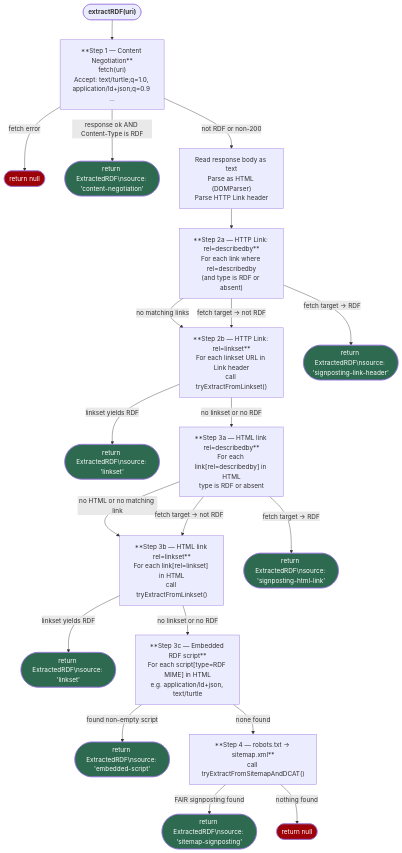
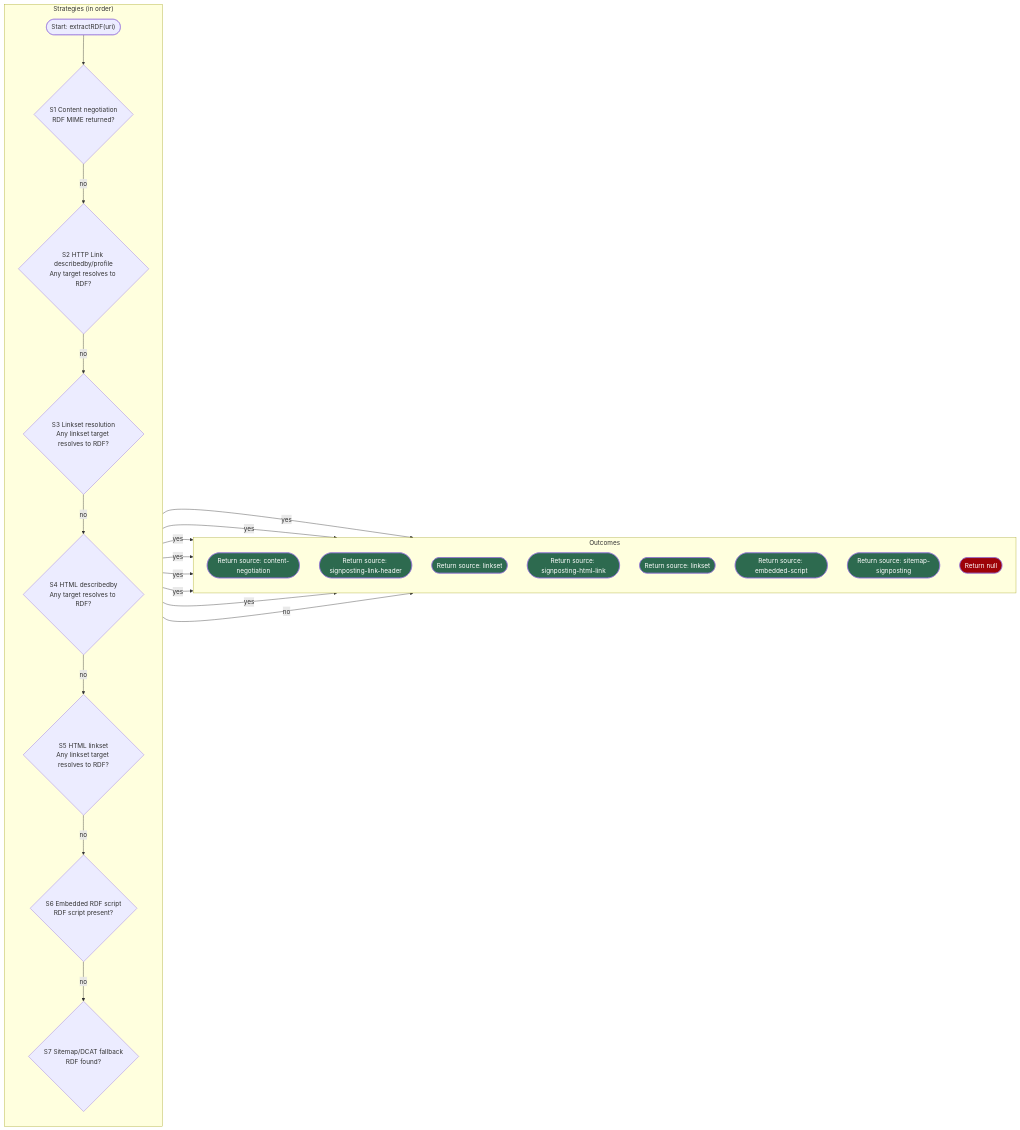
Before and after one commit to cedricdcc/wrx: the second of 9 diagrams in DOCUMENTATION.md, drawn with Mermaid. The commit also changed other lines of this file, not shown here.

Commit message:
feat: update extraction flowchart and strategies in documentation for clarity and detail

````diff
--- a/DOCUMENTATION.md
+++ b/DOCUMENTATION.md
@@ -122,58 +122,45 @@
 ```mermaid
-flowchart TD
-    START(["`**extractRDF(uri)**`"]) --> CN
+flowchart LR
+  subgraph STRATS["Strategies (in order)"]
+    direction TB
+    S0(["Start: extractRDF(uri)"])
+    S1{"S1 Content negotiation\nRDF MIME returned?"}
+    S2{"S2 HTTP Link describedby/profile\nAny target resolves to RDF?"}
+    S3{"S3 Linkset resolution\nAny linkset target resolves to RDF?"}
+    S4{"S4 HTML describedby\nAny target resolves to RDF?"}
+    S5{"S5 HTML linkset\nAny linkset target resolves to RDF?"}
+    S6{"S6 Embedded RDF script\nRDF script present?"}
+    S7{"S7 Sitemap/DCAT fallback\nRDF found?"}
+    S0 --> S1 -->|no| S2 -->|no| S3 -->|no| S4 -->|no| S5 -->|no| S6 -->|no| S7
+  end
 
-    %% ── Step 1: Content Negotiation ──────────────────────────────────────
-    CN["**Step 1 — Content Negotiation**\nfetch(uri)\nAccept: text/turtle;q=1.0, application/ld+json;q=0.9 …"]
-    CN -->|fetch error| NULL1([return null])
-    CN -->|response ok AND Content-Type is RDF| RET1(["`return ExtractedRDF\nsource: 'content-negotiation'`"])
-    CN -->|not RDF or non-200| PARSE_BODY
+  subgraph OUT["Outcomes"]
+    direction TB
+    R1(["Return source: content-negotiation"])
+    R2(["Return source: signposting-link-header"])
+    R3(["Return source: linkset"])
+    R4(["Return source: signposting-html-link"])
+    R5(["Return source: linkset"])
+    R6(["Return source: embedded-script"])
+    R7(["Return source: sitemap-signposting"])
+    R0(["Return null"])
+  end
 
-    %% ── Parse body & Link header ──────────────────────────────────────────
-    PARSE_BODY["Read response body as text\nParse as HTML (DOMParser)\nParse HTTP Link header"]
+  S1 -->|yes| R1
+  S2 -->|yes| R2
+  S3 -->|yes| R3
+  S4 -->|yes| R4
+  S5 -->|yes| R5
+  S6 -->|yes| R6
+  S7 -->|yes| R7
+  S7 -->|no| R0
 
-    PARSE_BODY --> LH
-
-    %% ── Step 2a: Link header — describedby ────────────────────────────────
-    LH["**Step 2a — HTTP Link: rel=describedby**\nFor each link where rel=describedby\n(and type is RDF or absent)"]
-    LH -->|no matching links| LS_HDR
-    LH -->|fetch target → RDF| RET2(["`return ExtractedRDF\nsource: 'signposting-link-header'`"])
-    LH -->|fetch target → not RDF| LS_HDR
-
-    %% ── Step 2b: Link header — linkset ────────────────────────────────────
-    LS_HDR["**Step 2b — HTTP Link: rel=linkset**\nFor each linkset URL in Link header\ncall tryExtractFromLinkset()"]
-    LS_HDR -->|linkset yields RDF| RET3(["`return ExtractedRDF\nsource: 'linkset'`"])
-    LS_HDR -->|no linkset or no RDF| HTML_DB
-
-    %% ── Step 3a: HTML describedby ─────────────────────────────────────────
-    HTML_DB["**Step 3a — HTML link rel=describedby**\nFor each link[rel=describedby] in HTML\ntype is RDF or absent"]
-    HTML_DB -->|no HTML or no matching link| HTML_LS
-    HTML_DB -->|fetch target → RDF| RET4(["`return ExtractedRDF\nsource: 'signposting-html-link'`"])
-    HTML_DB -->|fetch target → not RDF| HTML_LS
-
-    %% ── Step 3b: HTML linkset ─────────────────────────────────────────────
-    HTML_LS["**Step 3b — HTML link rel=linkset**\nFor each link[rel=linkset] in HTML\ncall tryExtractFromLinkset()"]
-    HTML_LS -->|linkset yields RDF| RET5(["`return ExtractedRDF\nsource: 'linkset'`"])
-    HTML_LS -->|no linkset or no RDF| SCRIPT
-
-    %% ── Step 3c: Embedded script ──────────────────────────────────────────
-    SCRIPT["**Step 3c — Embedded RDF script**\nFor each script[type=RDF MIME] in HTML\ne.g. application/ld+json, text/turtle"]
-    SCRIPT -->|found non-empty script| RET6(["`return ExtractedRDF\nsource: 'embedded-script'`"])
-    SCRIPT -->|none found| SITEMAP
-
-    %% ── Step 4: Sitemap fallback ──────────────────────────────────────────
-    SITEMAP["**Step 4 — robots.txt → sitemap.xml**\ncall tryExtractFromSitemapAndDCAT()"]
-    SITEMAP -->|FAIR signposting found| RET7(["`return ExtractedRDF\nsource: 'sitemap-signposting'`"])
-    SITEMAP -->|nothing found| NULL2([return null])
-
-    %% ── Styling ───────────────────────────────────────────────────────────
-    style RET1 fill:#2d6a4f,color:#fff
-    style RET2 fill:#2d6a4f,color:#fff
-    style RET3 fill:#2d6a4f,color:#fff
-    style RET4 fill:#2d6a4f,color:#fff
-    style RET5 fill:#2d6a4f,color:#fff
-    style RET6 fill:#2d6a4f,color:#fff
-    style RET7 fill:#2d6a4f,color:#fff
-    style NULL1 fill:#9d0208,color:#fff
-    style NULL2 fill:#9d0208,color:#fff
+  style R1 fill:#2d6a4f,color:#fff
+  style R2 fill:#2d6a4f,color:#fff
+  style R3 fill:#2d6a4f,color:#fff
+  style R4 fill:#2d6a4f,color:#fff
+  style R5 fill:#2d6a4f,color:#fff
+  style R6 fill:#2d6a4f,color:#fff
+  style R7 fill:#2d6a4f,color:#fff
+  style R0 fill:#9d0208,color:#fff
 ```
````
